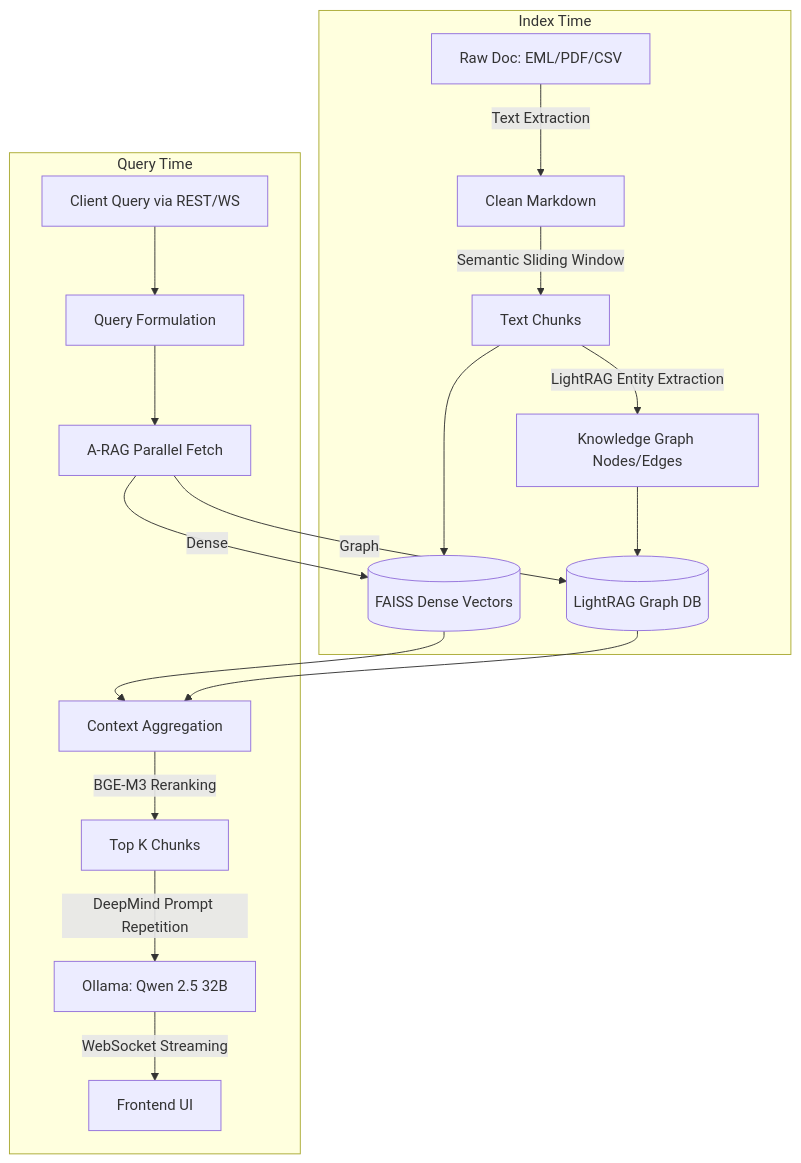
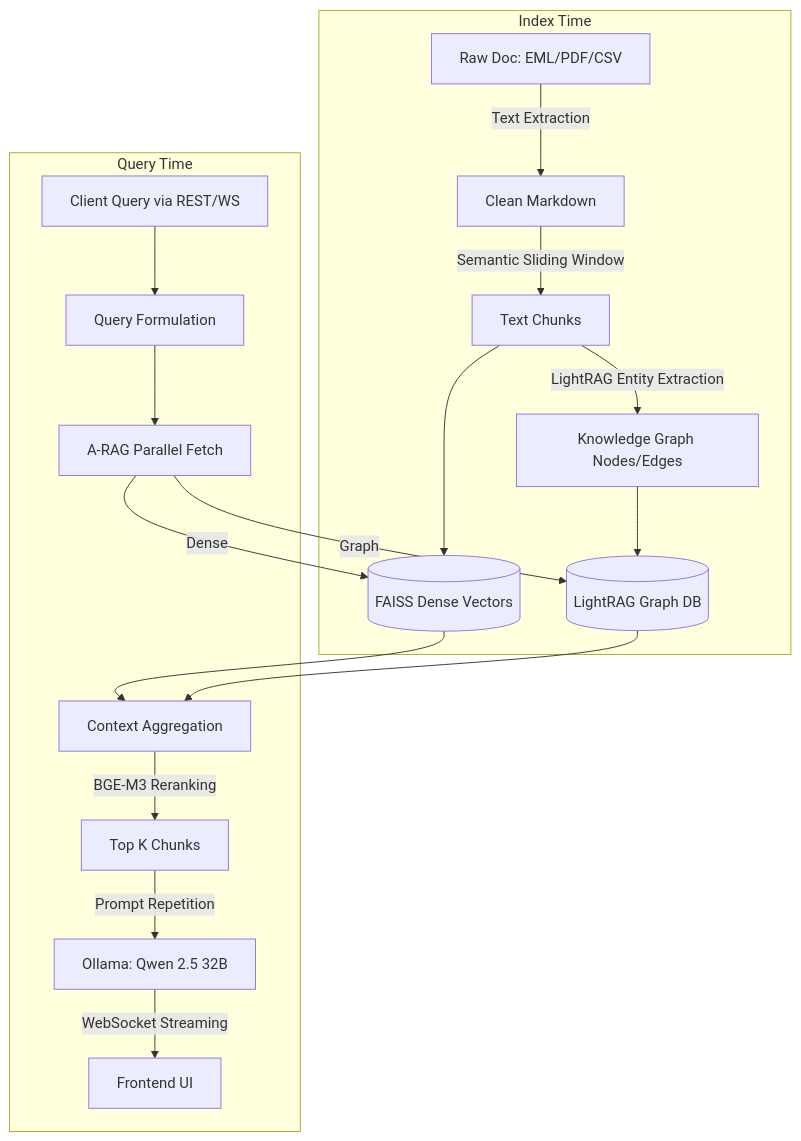
One commit to auraCodesKM/brdAgentBackend changed the diagram in README.md. Above: the diagram before and after it, drawn with Mermaid. The commit also changed other lines of this file, not shown here.

````diff
--- a/README.md
+++ b/README.md
@@ -299,21 +301,21 @@
 ```mermaid
 graph TD
     subgraph Ingestion["Index Time"]
         A["Raw Doc: EML/PDF/CSV"] -->|Text Extraction| B["Clean Markdown"]
         B -->|Semantic Sliding Window| C["Text Chunks"]
         C -->|LightRAG Entity Extraction| D["Knowledge Graph Nodes/Edges"]
         C --> F[("FAISS Dense Vectors")]
         D --> H[("LightRAG Graph DB")]
     end
 
     subgraph Generation["Query Time"]
         I["Client Query via REST/WS"] --> L["Query Formulation"]
         L --> M["A-RAG Parallel Fetch"]
         M -->|Dense| F
         M -->|Graph| H
         F & H --> N["Context Aggregation"]
         N -->|BGE-M3 Reranking| O["Top K Chunks"]
-        O -->|DeepMind Prompt Repetition| R["Ollama: Qwen 2.5 32B"]
+        O -->|Prompt Repetition| R["Ollama: Qwen 2.5 32B"]
         R -->|WebSocket Streaming| S["Frontend UI"]
     end
 ```
````
